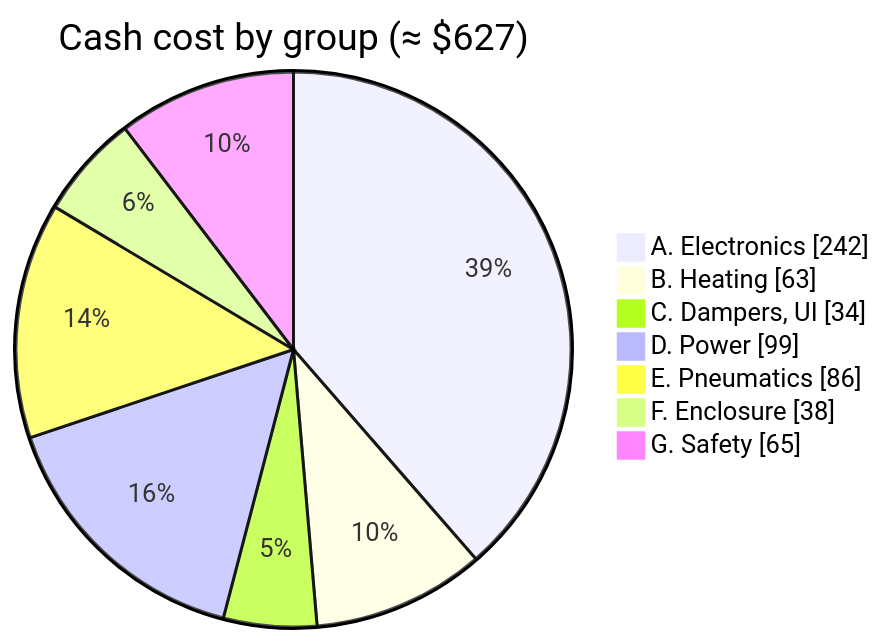
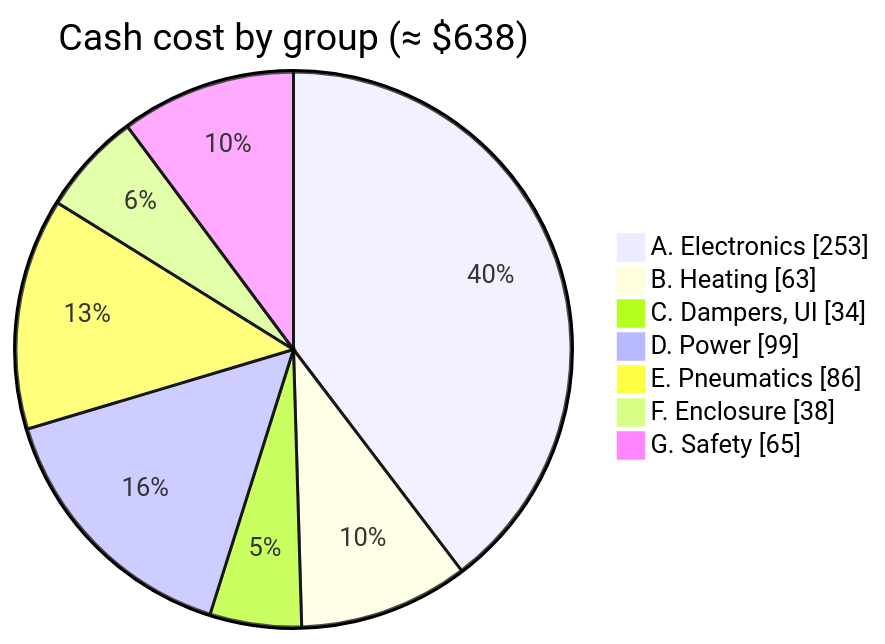
One commit to BashfulBits/3dp-fleet-exhaust changed the diagram in docs/03_bill_of_materials.md. Above: the diagram before and after it, drawn with Mermaid. The commit also changed other lines of this file and 6 other files, not shown here.

````diff
--- a/docs/03_bill_of_materials.md
+++ b/docs/03_bill_of_materials.md
@@ -28,11 +28,11 @@
 ```mermaid
 pie showData
-  title Cash cost by group (≈ $627)
-  "A. Electronics" : 242
+  title Cash cost by group (≈ $638)
+  "A. Electronics" : 253
   "B. Heating" : 63
   "C. Dampers, UI" : 34
   "D. Power" : 99
   "E. Pneumatics" : 86
   "F. Enclosure" : 38
   "G. Safety" : 65
 ```
````
